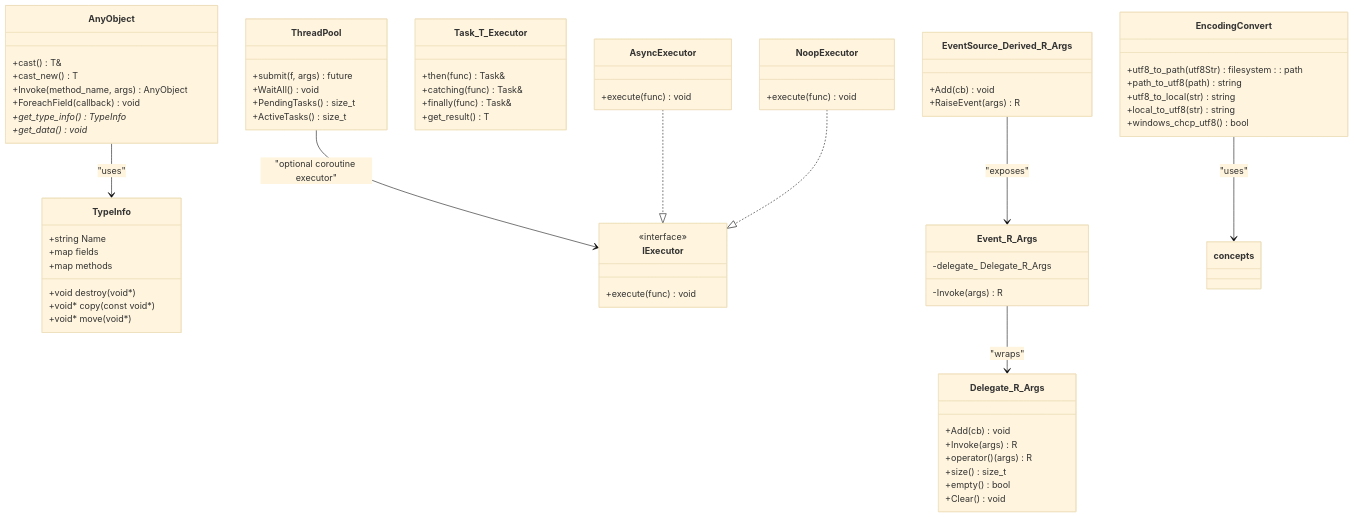
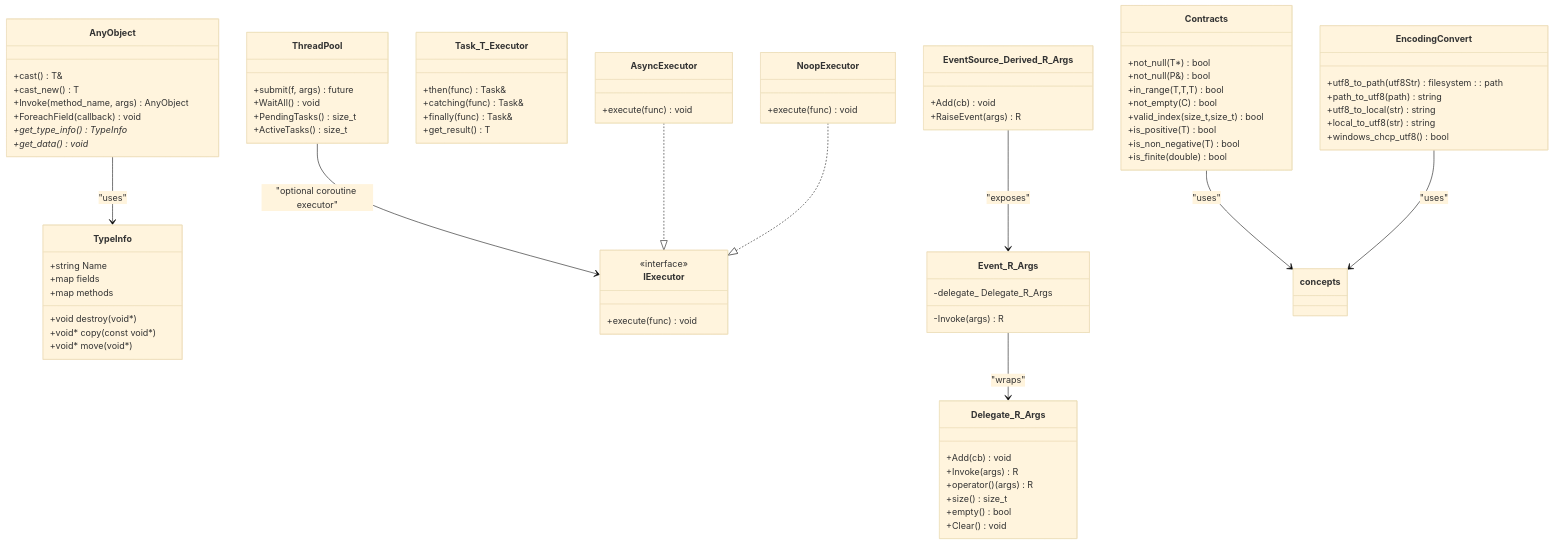
One commit to hsmbanlance/HsBaSlicer changed the second of 12 diagrams in .qoder/repowiki/en/content/Core Modules/Foundation Layer (base_)/Foundation Layer (base_).md. Above: the diagram before and after it, drawn with Mermaid (base theme). The commit also changed other lines of this file and 202 other files, not shown here.

````diff
--- a/.qoder/repowiki/en/content/Core Modules/Foundation Layer (base_)/Foundation Layer (base_).md
+++ b/.qoder/repowiki/en/content/Core Modules/Foundation Layer (base_)/Foundation Layer (base_).md
@@ -154,71 +169,82 @@
 ```mermaid
 classDiagram
 class TypeInfo {
 +string Name
 +void destroy(void*)
 +void* copy(const void*)
 +void* move(void*)
 +map fields
 +map methods
 }
 class AnyObject {
 +cast<T>() T&
 +cast_new<T>() T
 +Invoke(method_name, args) AnyObject
 +ForeachField(callback) void
 +get_type_info() TypeInfo*
 +get_data() void*
 }
 class ThreadPool {
 +submit(f, args) future
 +WaitAll() void
 +PendingTasks() size_t
 +ActiveTasks() size_t
 }
 class Task_T_Executor {
 +then(func) Task&
 +catching(func) Task&
 +finally(func) Task&
 +get_result() T
 }
 class IExecutor {
 <<interface>>
 +execute(func) void
 }
 class AsyncExecutor {
 +execute(func) void
 }
 class NoopExecutor {
 +execute(func) void
 }
 class Delegate_R_Args {
 +Add(cb) void
 +Invoke(args) R
 +operator()(args) R
 +size() size_t
 +empty() bool
 +Clear() void
 }
 class Event_R_Args {
 -delegate_ Delegate_R_Args
 -Invoke(args) R
 }
 class EventSource_Derived_R_Args {
 +Add(cb) void
 +RaiseEvent(args) R
 }
+class Contracts {
++not_null(T*) bool
++not_null(P&) bool
++in_range(T,T,T) bool
++not_empty(C) bool
++valid_index(size_t,size_t) bool
++is_positive(T) bool
++is_non_negative(T) bool
++is_finite(double) bool
+}
 class EncodingConvert {
 +utf8_to_path(utf8Str) filesystem : : path
 +path_to_utf8(path) string
 +utf8_to_local(str) string
 +local_to_utf8(str) string
 +windows_chcp_utf8() bool
 }
 AnyObject --> TypeInfo : "uses"
 ThreadPool --> IExecutor : "optional coroutine executor"
 AsyncExecutor ..|> IExecutor
 NoopExecutor ..|> IExecutor
 Event_R_Args --> Delegate_R_Args : "wraps"
 EventSource_Derived_R_Args --> Event_R_Args : "exposes"
+Contracts --> concepts : "uses"
 EncodingConvert --> concepts : "uses"
 ```
````
